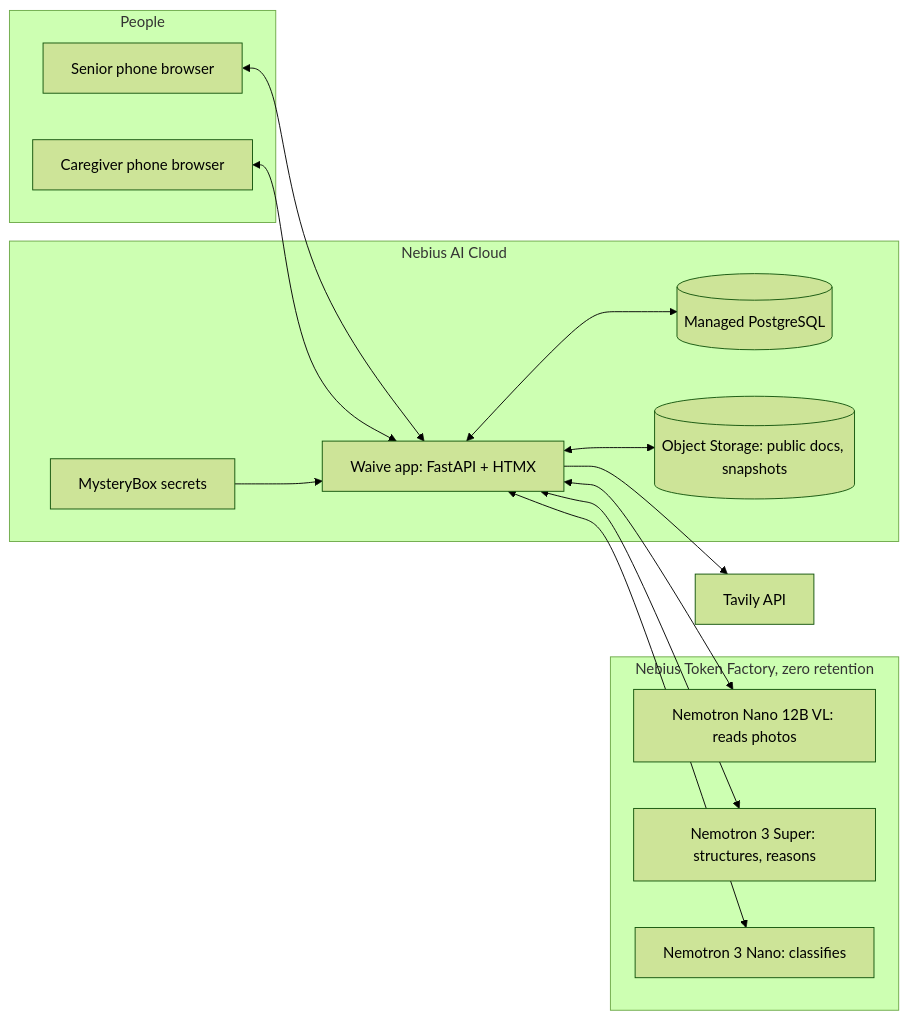
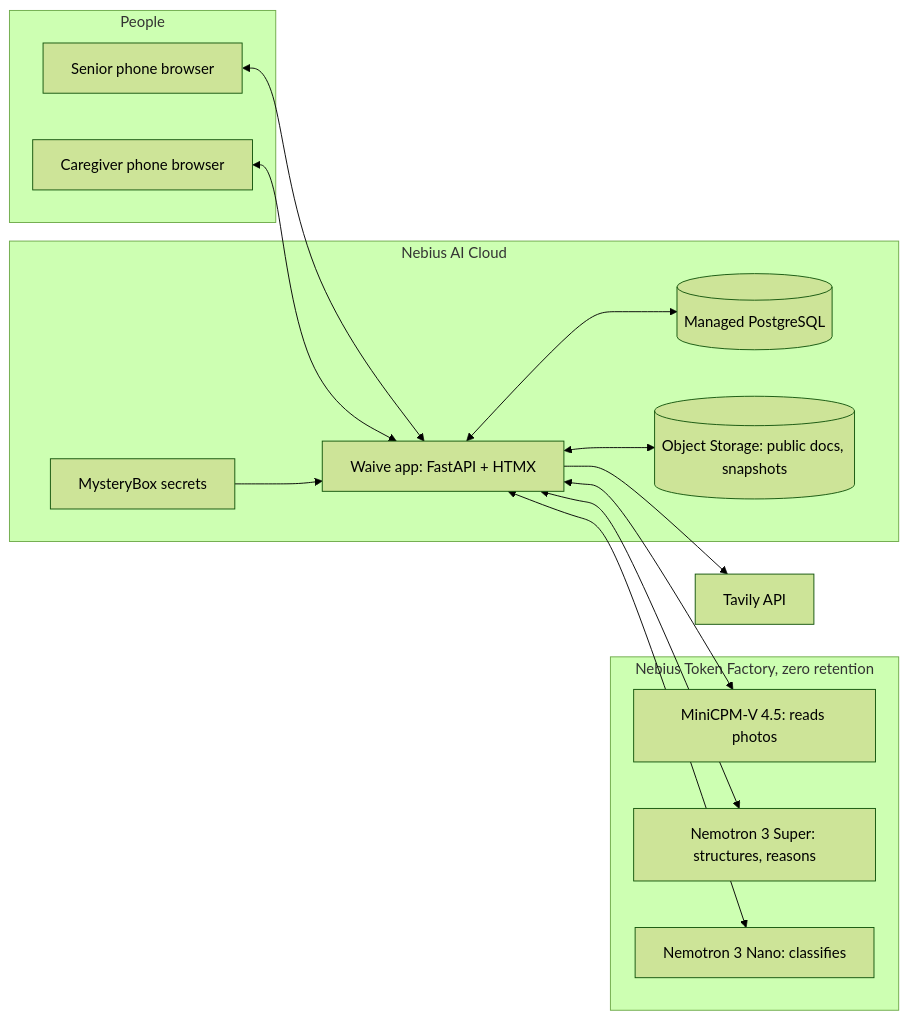
One commit to Fluffy-SHIBAINU/waive changed the diagram in docs/superpowers/specs/2026-10-02-waive-design.md. Above: the diagram before and after it, drawn with Mermaid (forest theme). The commit also changed 4 other files, not shown here.

````diff
--- a/docs/superpowers/specs/2026-10-02-waive-design.md
+++ b/docs/superpowers/specs/2026-10-02-waive-design.md
@@ -62,28 +62,28 @@
 ```mermaid
 flowchart LR
   subgraph People
     S[Senior phone browser]
     C[Caregiver phone browser]
   end
   subgraph AICloud[Nebius AI Cloud]
     APP[Waive app: FastAPI + HTMX]
     DB[(Managed PostgreSQL)]
     OBJ[(Object Storage: public docs, snapshots)]
     SEC[MysteryBox secrets]
   end
   subgraph TF[Nebius Token Factory, zero retention]
-    VL[Nemotron Nano 12B VL: reads photos]
+    VL[MiniCPM-V 4.5: reads photos]
     SUP[Nemotron 3 Super: structures, reasons]
     NANO[Nemotron 3 Nano: classifies]
   end
   T[Tavily API]
   S <--> APP
   C <--> APP
   APP <--> DB
   APP <--> OBJ
   SEC --> APP
   APP <--> VL
   APP <--> SUP
   APP <--> NANO
   APP --> T
 ```
````
